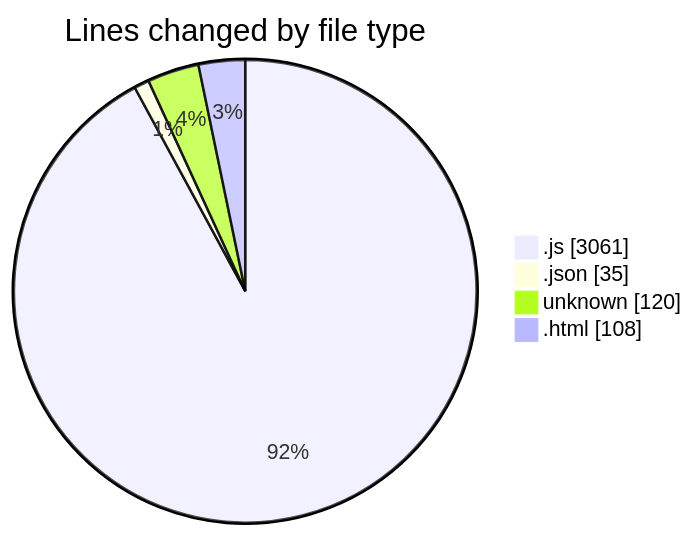
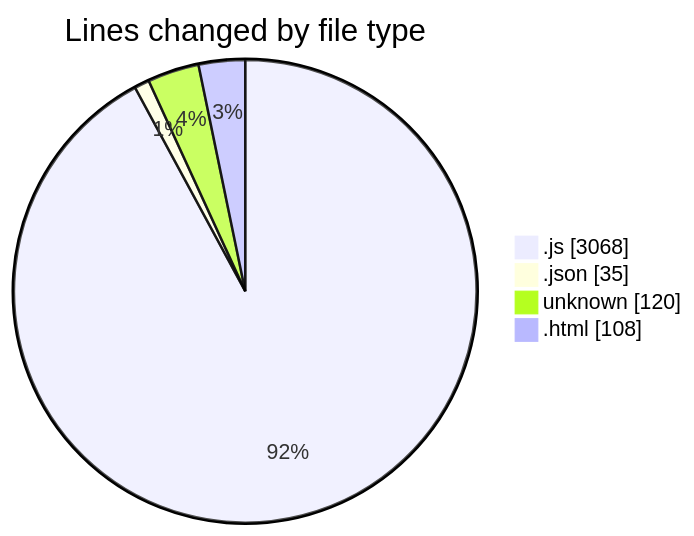
Before and after one commit to becaeroporto-bot/code-tracking: the first of 2 diagrams in 2026-02-20/bot_i_a/README.md, drawn with Mermaid. The commit also changed other lines of this file and 1 other file, not shown here.

````diff
--- a/2026-02-20/bot_i_a/README.md
+++ b/2026-02-20/bot_i_a/README.md
@@ -42,8 +42,8 @@
 ```mermaid
 pie showData
 title Lines changed by file type
-".js" : 3061
+".js" : 3068
 ".json" : 35
 "unknown" : 120
 ".html" : 108
 ```
````
